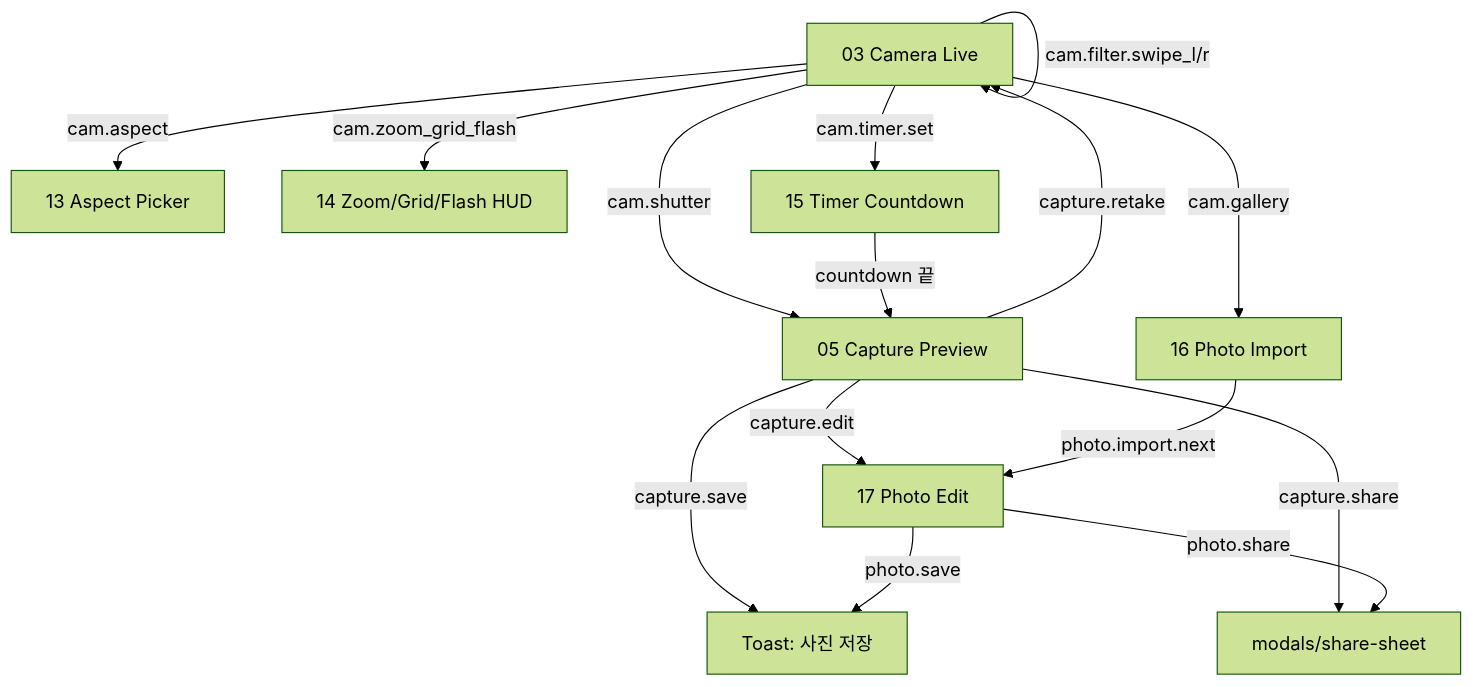
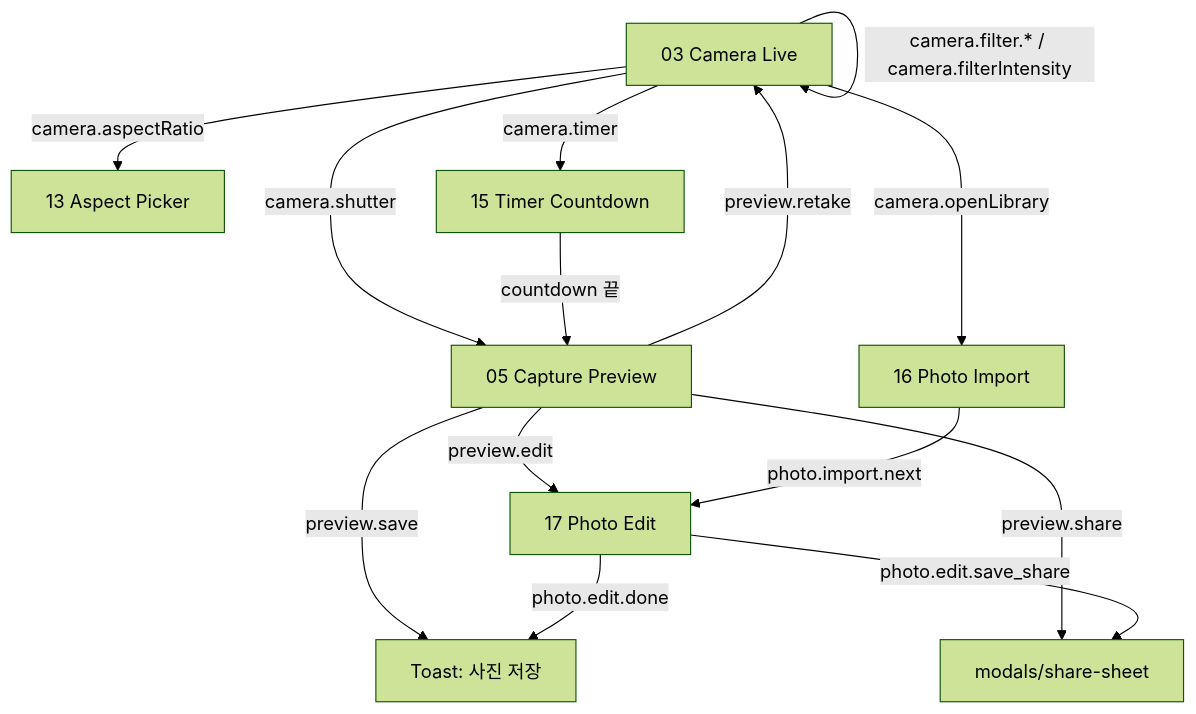
One commit to jayl2kor/filter-market changed the second of 7 diagrams in docs/NAVIGATION.md. Above: the diagram before and after it, drawn with Mermaid (forest theme). The commit also changed other lines of this file and 4 other files, not shown here.

````diff
--- a/docs/NAVIGATION.md
+++ b/docs/NAVIGATION.md
@@ -130,18 +135,18 @@
 ```mermaid
 graph TD
-  Camera[03 Camera Live] -->|cam.gallery| PhotoImport[16 Photo Import]
-  Camera -->|cam.flip| Camera
-  Camera -->|cam.shutter| Capture[05 Capture Preview]
-  Camera -->|cam.aspect| AspectPicker[13 Aspect Picker]
-  Camera -->|cam.zoom_grid_flash| ZGF[14 Zoom/Grid/Flash HUD]
-  Camera -->|cam.timer.set| Timer[15 Timer Countdown]
-  Camera -->|cam.filter.swipe_l/r| Camera
+  Camera[03 Camera Live] -->|camera.openLibrary| PhotoImport[16 Photo Import]
+  Camera -->|camera.flip| Camera
+  Camera -->|camera.shutter| Capture[05 Capture Preview]
+  Camera -->|camera.aspectRatio| AspectPicker[13 Aspect Picker]
+  Camera -->|camera.zoom.* / camera.grid.toggle / camera.flash| Camera
+  Camera -->|camera.timer| Timer[15 Timer Countdown]
+  Camera -->|camera.filter.* / camera.filterIntensity| Camera
   Timer -->|countdown 끝| Capture
-  Capture -->|capture.save| Saved[Toast: 사진 저장]
-  Capture -->|capture.share| ShareSheet[modals/share-sheet]
-  Capture -->|capture.retake| Camera
-  Capture -->|capture.edit| PhotoEdit[17 Photo Edit]
+  Capture -->|preview.save| Saved[Toast: 사진 저장]
+  Capture -->|preview.share| ShareSheet[modals/share-sheet]
+  Capture -->|preview.retake| Camera
+  Capture -->|preview.edit| PhotoEdit[17 Photo Edit]
   PhotoImport -->|photo.import.next| PhotoEdit
-  PhotoEdit -->|photo.save| Saved
-  PhotoEdit -->|photo.share| ShareSheet
+  PhotoEdit -->|photo.edit.done| Saved
+  PhotoEdit -->|photo.edit.save_share| ShareSheet
 ```
````
